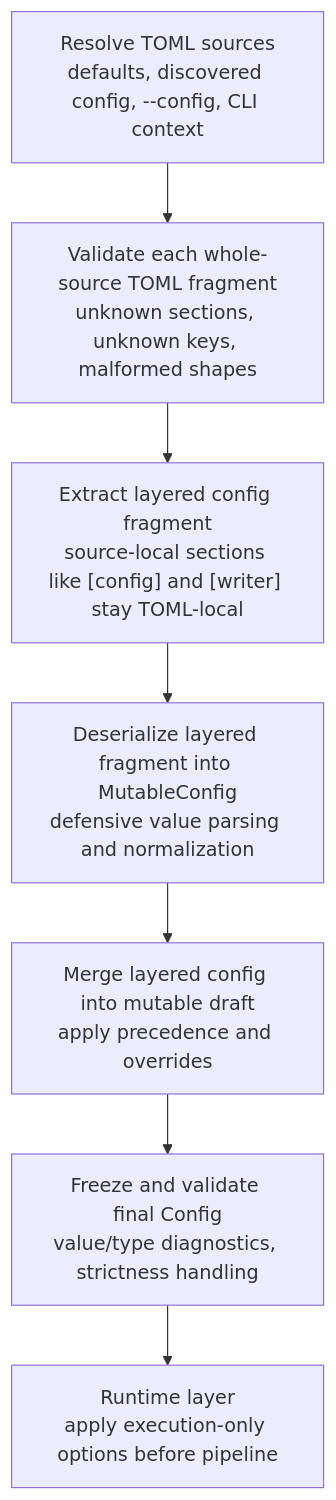
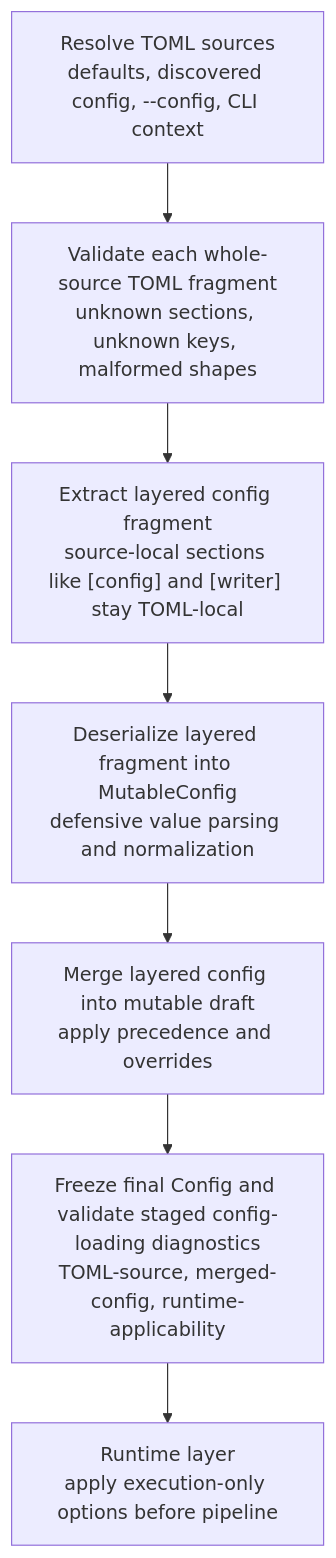
The first of 5 diagrams in docs/dev/architecture.md (shutterfreak/topmark), drawn with Mermaid before and after one commit. The commit also changed other lines of this file and 17 other files, not shown here.

First line of the commit message:
docs(config, architecture, cli, api): align documentation with staged validation model

````diff
--- a/docs/dev/architecture.md
+++ b/docs/dev/architecture.md
@@ -40,12 +40,12 @@
 ```mermaid
 flowchart TD
     A["Resolve TOML sources<br/>defaults, discovered config, --config, CLI context"]
     B["Validate each whole-source TOML fragment<br/>unknown sections, unknown keys, malformed shapes"]
     C["Extract layered config fragment<br/>source-local sections like [config] and [writer] stay TOML-local"]
     D["Deserialize layered fragment into MutableConfig<br/>defensive value parsing and normalization"]
     E["Merge layered config into mutable draft<br/>apply precedence and overrides"]
-    F["Freeze and validate final Config<br/>value/type diagnostics, strictness handling"]
+    F["Freeze final Config and validate staged config-loading diagnostics<br/>TOML-source, merged-config, runtime-applicability"]
     G["Runtime layer<br/>apply execution-only options before pipeline"]
 
     A --> B --> C --> D --> E --> F --> G
 ```
````
